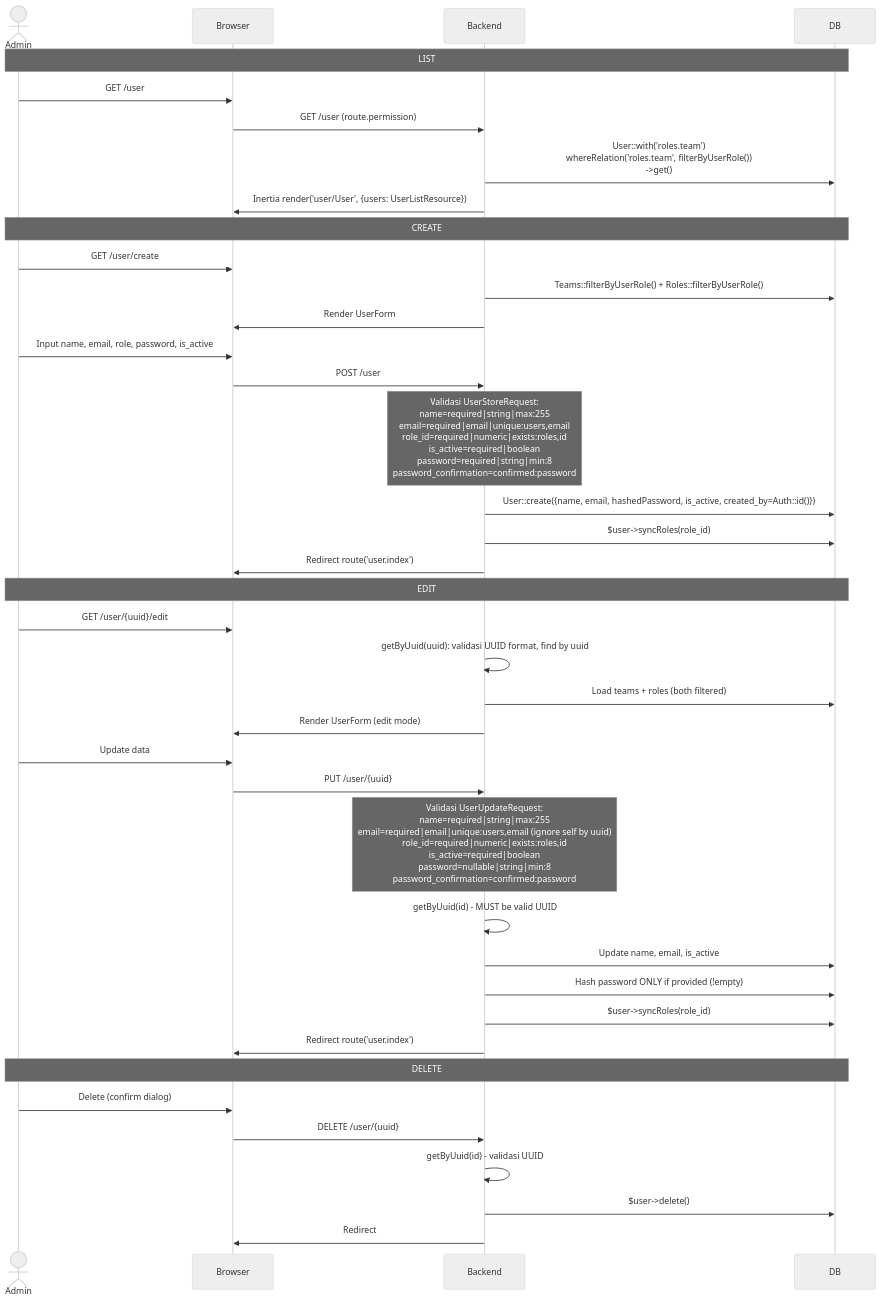
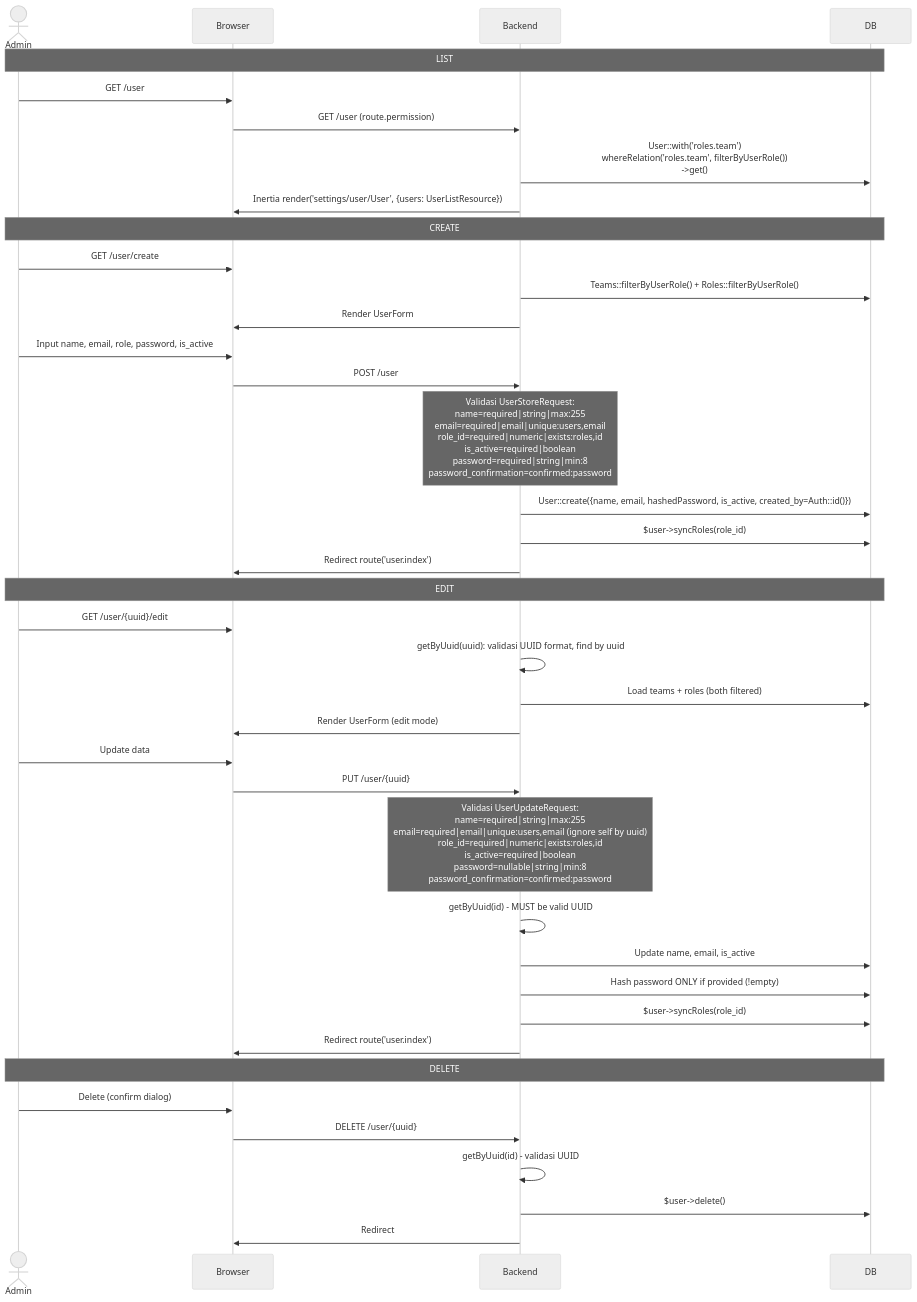
Before and after one commit to priamitra273/laptoplain: the diagram in docs/user/management.md, drawn with Mermaid (neutral theme). The commit also changed other lines of this file and 108 other files, not shown here.

First line of the commit message:
feat: build out project-lazy tabs (Kanban, Report, Team, Detail, Timeline) on Nuxt UI

````diff
--- a/docs/user/management.md
+++ b/docs/user/management.md
@@ -9,51 +9,51 @@
 ```mermaid
 sequenceDiagram
     actor Admin
     participant Browser
     participant Backend
     participant DB
 
     Note over Admin,DB: LIST
     Admin->>Browser: GET /user
     Browser->>Backend: GET /user (route.permission)
     Backend->>DB: User::with('roles.team')<br/>whereRelation('roles.team', filterByUserRole())<br/>->get()
-    Backend->>Browser: Inertia render('user/User', {users: UserListResource})
+    Backend->>Browser: Inertia render('settings/user/User', {users: UserListResource})
 
     Note over Admin,DB: CREATE
     Admin->>Browser: GET /user/create
     Backend->>DB: Teams::filterByUserRole() + Roles::filterByUserRole()
     Backend->>Browser: Render UserForm
 
     Admin->>Browser: Input name, email, role, password, is_active
     Browser->>Backend: POST /user
 
     Note over Backend: Validasi UserStoreRequest:<br/>name=required|string|max:255<br/>email=required|email|unique:users,email<br/>role_id=required|numeric|exists:roles,id<br/>is_active=required|boolean<br/>password=required|string|min:8<br/>password_confirmation=confirmed:password
 
     Backend->>DB: User::create({name, email, hashedPassword, is_active, created_by=Auth::id()})
     Backend->>DB: $user->syncRoles(role_id)
     Backend->>Browser: Redirect route('user.index')
 
     Note over Admin,DB: EDIT
     Admin->>Browser: GET /user/{uuid}/edit
     Backend->>Backend: getByUuid(uuid): validasi UUID format, find by uuid
     Backend->>DB: Load teams + roles (both filtered)
     Backend->>Browser: Render UserForm (edit mode)
 
     Admin->>Browser: Update data
     Browser->>Backend: PUT /user/{uuid}
 
     Note over Backend: Validasi UserUpdateRequest:<br/>name=required|string|max:255<br/>email=required|email|unique:users,email (ignore self by uuid)<br/>role_id=required|numeric|exists:roles,id<br/>is_active=required|boolean<br/>password=nullable|string|min:8<br/>password_confirmation=confirmed:password
 
     Backend->>Backend: getByUuid(id) - MUST be valid UUID
     Backend->>DB: Update name, email, is_active
     Backend->>DB: Hash password ONLY if provided (!empty)
     Backend->>DB: $user->syncRoles(role_id)
     Backend->>Browser: Redirect route('user.index')
 
     Note over Admin,DB: DELETE
     Admin->>Browser: Delete (confirm dialog)
     Browser->>Backend: DELETE /user/{uuid}
     Backend->>Backend: getByUuid(id) - validasi UUID
     Backend->>DB: $user->delete()
     Backend->>Browser: Redirect
 ```
````
